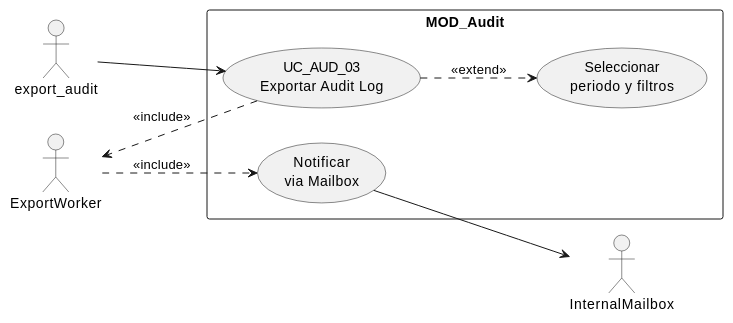
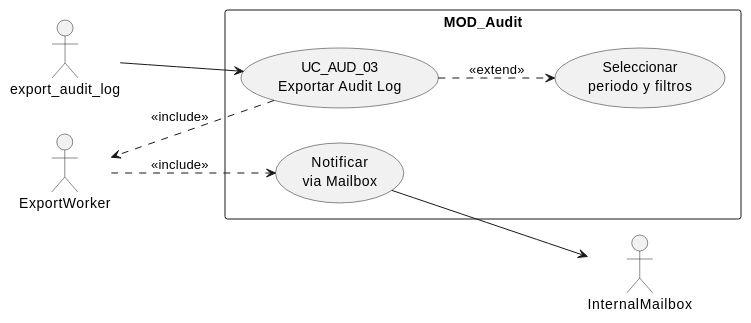
Before and after one commit to jcg-admin/IACT-docs: the first of 4 diagrams in source/requisitos/casos-uso/audit/uc-aud-03/diagramas-uml.rst, drawn with PlantUML. The commit also changed other lines of this file and 157 other files, not shown here.

First line of the commit message:
Enforce catalog function names across all diagrams

```diff
--- a/source/requisitos/casos-uso/audit/uc-aud-03/diagramas-uml.rst
+++ b/source/requisitos/casos-uso/audit/uc-aud-03/diagramas-uml.rst
@@ -10,18 +10,18 @@
 .. uml::
 
  @startuml
  left to right direction
- actor "export_audit" as USR
+ actor "export_audit_log" as USR
  actor "ExportWorker" as EW
  actor "InternalMailbox" as MB
  rectangle "MOD_Audit" {
    usecase "UC_AUD_03\nExportar Audit Log" as UC03
    usecase "Seleccionar\nperiodo y filtros" as SEL
    usecase "Notificar\nvia Mailbox" as NOT
  }
  USR --> UC03
  UC03 ..> SEL : <<extend>>
  UC03 ..> EW : <<include>>
  EW ..> NOT : <<include>>
  NOT --> MB
  @enduml
```
